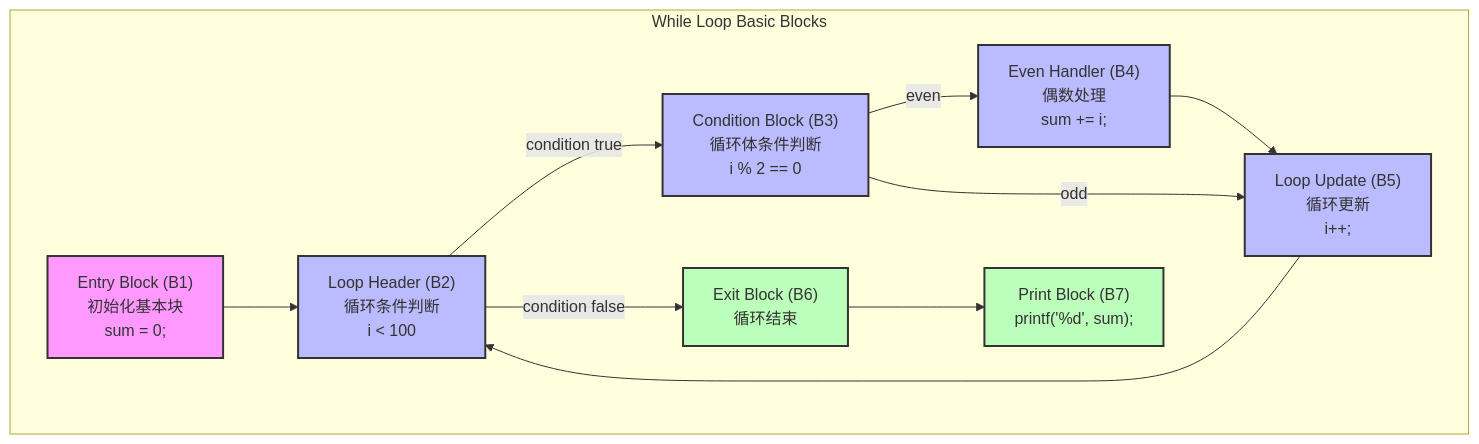
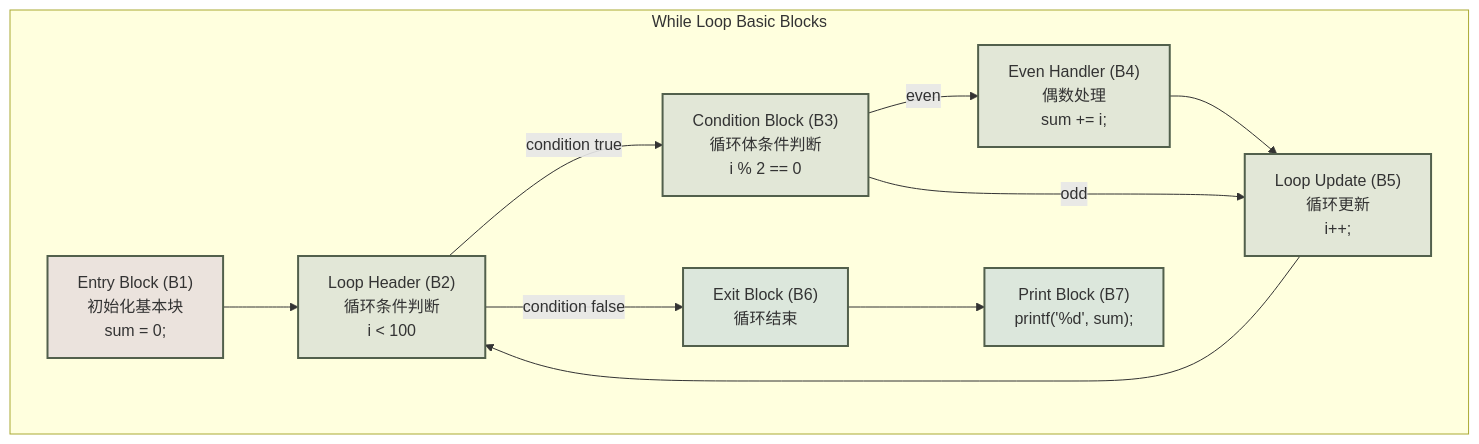
One commit to yaklang/ssa.to changed diagram 13 of 18 in static-analysis-guide/compile-ssa-form.mdx. Above: the diagram before and after it, drawn with Mermaid. The commit also changed other lines of this file and 91 other files, not shown here.

`````diff
--- a/static-analysis-guide/compile-ssa-form.mdx
+++ b/static-analysis-guide/compile-ssa-form.mdx
@@ -870,28 +854,28 @@
 ````mermaid
     graph TB
         subgraph While Loop Basic Blocks
             A["Entry Block (B1)<br>初始化基本块<br>sum = 0;"] --> B
 
             B["Loop Header (B2)<br>循环条件判断<br>i < 100"] -->|condition true| C
             B -->|condition false| F
 
             C["Condition Block (B3)<br>循环体条件判断<br>i % 2 == 0"] -->|even| D
             C -->|odd| E
 
             D["Even Handler (B4)<br>偶数处理<br>sum += i;"] --> E
 
             E["Loop Update (B5)<br>循环更新<br>i++;"] --> B
 
             F["Exit Block (B6)<br>循环结束"] --> G
 
             G["Print Block (B7)<br>printf('%d', sum);"]
         end
 
-        classDef init fill:#f9f,stroke:#333,stroke-width:2px
-        classDef loop fill:#bbf,stroke:#333,stroke-width:2px
-        classDef exit fill:#bfb,stroke:#333,stroke-width:2px
+        classDef init fill:#ebe3dd,stroke:#52604c,stroke-width:2px
+        classDef loop fill:#e2e7d7,stroke:#52604c,stroke-width:2px
+        classDef exit fill:#dce7dc,stroke:#52604c,stroke-width:2px
         
         class A init
         class B,C,D,E loop
         class F,G exit
 ````
`````
